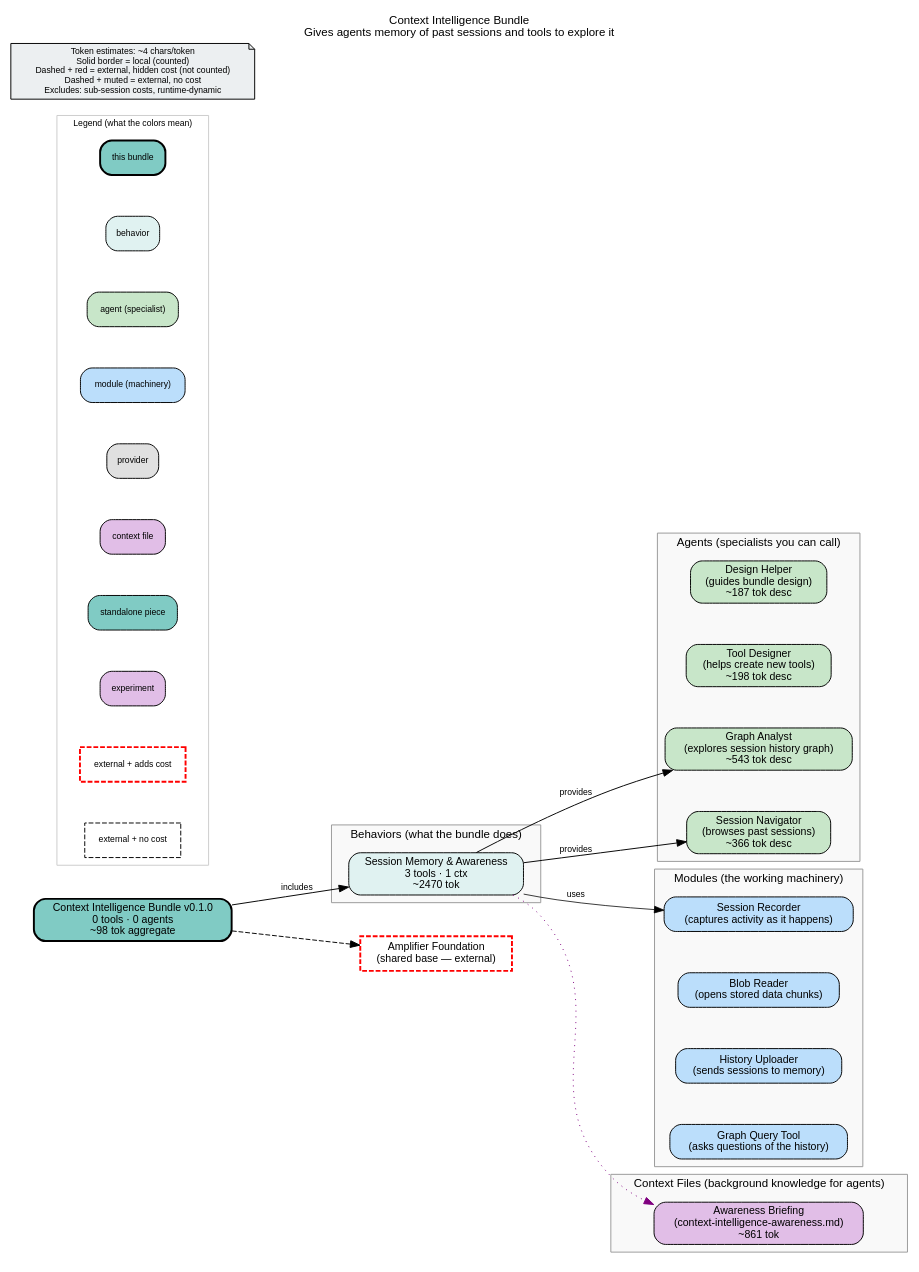
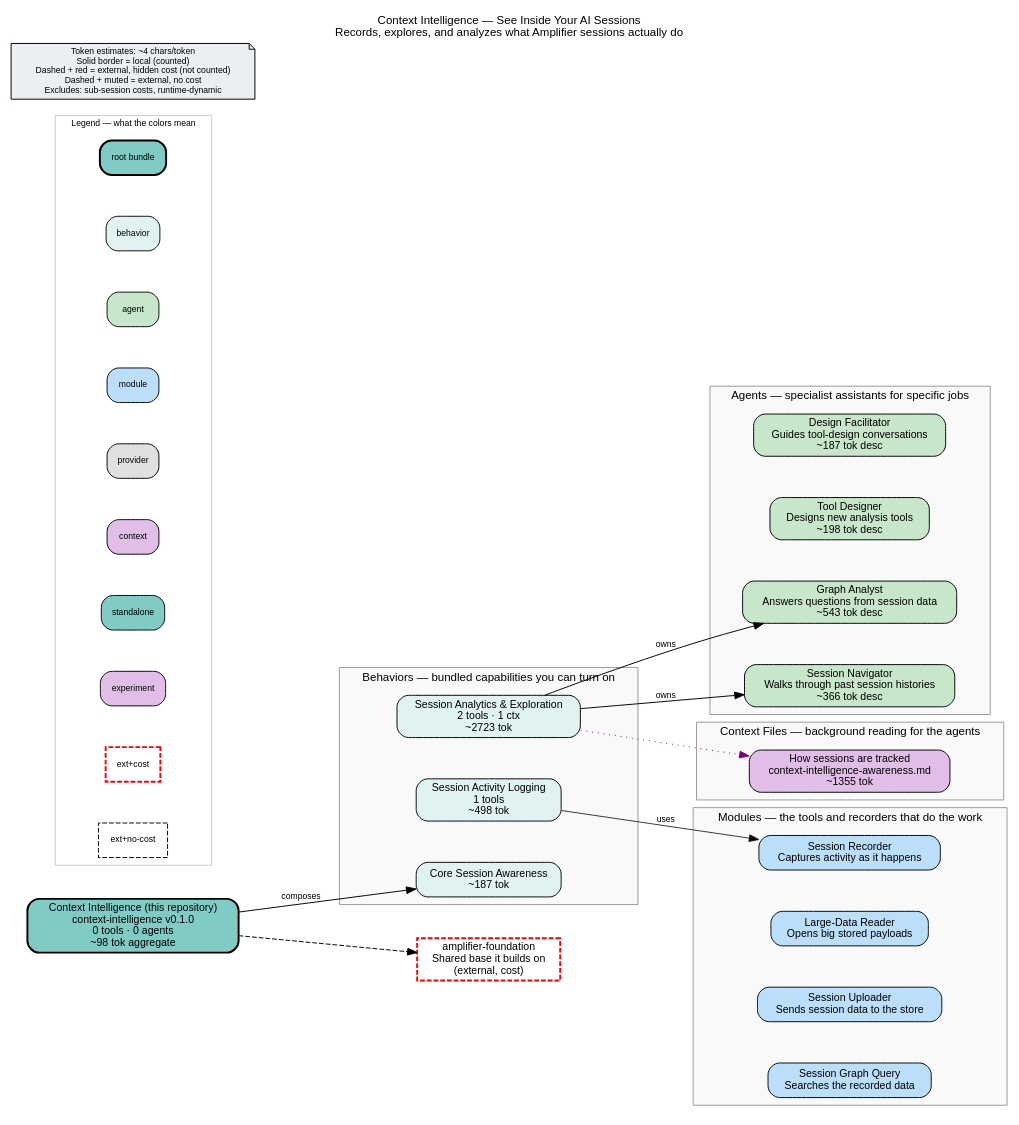
The diagram in bundle.dot (microsoft/amplifier-bundle-context-intelligence), drawn with Graphviz before and after one commit. The commit also changed 1 other file, not shown here.

Commit message:
docs: regenerate bundle.dot/bundle.png for the 3-behavior split
Regenerated using the generate-bundle-docs recipe (bundle_repo_dot() v3).

- source_hash updated: f138ee09... → fbf7b96d634315e64a60f47d45ae240a00240cb8ba4c2e3f26aa5128be1cd551
- Diagram now models the 3-behavior architecture:
  · context-intelligence-behavior (full) — pure compositor: includes analytics + logging
  · context-intelligence-analytics-behavior — graph-analyst + session-navigator agents,
    /context-intelligence mode, tool-delegate + tool-skills (5 skills), context-awareness
  · context-intelligence-logging-behavior — hook-context-intelligence (telemetry only)
- Module wiring reflected correctly:
  · hook-context-intelligence → logging behavior only
  · tool-graph-query + tool-blob-read → analytics behavior (via agents)
  · graph-analyst + session-navigator → analytics behavior
- bundle.png re-rendered (graphviz dot exit 0); LLM-enhanced labels via zen-architect

```diff
--- a/bundle.dot
+++ b/bundle.dot
@@ -1,90 +1,94 @@
-// This repository packages "context-intelligence" — a bundle that gives Amplifier agents memory and awareness of past sessions, with tools to query and explore that history.
+// Context Intelligence — a bundle that records and analyzes what happens inside
+// Amplifier AI sessions, so people can see which tools ran, how agents were used,
+// and what each step cost. Provides graph queries, session navigation, and analytics.
 digraph context_intelligence {
     rankdir=LR
     fontname="Helvetica"
     fontsize=12
-    label="Context Intelligence Bundle\nGives agents memory of past sessions and tools to explore it"
+    label="Context Intelligence — See Inside Your AI Sessions\nRecords, explores, and analyzes what Amplifier sessions actually do"
     labelloc=t
     labeljust=c
     nodesep=0.6
     ranksep=0.7
     bgcolor="white"
-    source_hash="f138ee0941183a758726ef2860fce4f00279ddbce185e75572e772c8005b00fb"
+    source_hash="fbf7b96d634315e64a60f47d45ae240a00240cb8ba4c2e3f26aa5128be1cd551"
 
     node [fontname="Helvetica", fontsize=11, style="filled,rounded"]
     edge [fontname="Helvetica", fontsize=9]
 
-    root_context_intelligence [label="Context Intelligence Bundle v0.1.0\n0 tools · 0 agents\n~98 tok aggregate", shape=box, fillcolor="#80cbc4", style="filled,rounded,bold", penwidth=2]
+    root_context_intelligence [label="Context Intelligence (this repository)\ncontext-intelligence v0.1.0\n0 tools · 0 agents\n~98 tok aggregate", shape=box, fillcolor="#80cbc4", style="filled,rounded,bold", penwidth=2]
 
     subgraph cluster_behaviors {
-        label="Behaviors (what the bundle does)"
+        label="Behaviors — bundled capabilities you can turn on"
         style="filled"
         fillcolor="#f9f9f9"
         color="#999999"
 
-        beh_context_intelligence_behavior [label="Session Memory & Awareness\n3 tools · 1 ctx\n~2470 tok", shape=box, fillcolor="#e0f2f1", style="filled,rounded"]
+        beh_context_intelligence_analytics_behavior [label="Session Analytics & Exploration\n2 tools · 1 ctx\n~2723 tok", shape=box, fillcolor="#e0f2f1", style="filled,rounded"]
+        beh_context_intelligence_logging_behavior [label="Session Activity Logging\n1 tools\n~498 tok", shape=box, fillcolor="#e0f2f1", style="filled,rounded"]
+        beh_context_intelligence_behavior [label="Core Session Awareness\n~187 tok", shape=box, fillcolor="#e0f2f1", style="filled,rounded"]
     }
 
     subgraph cluster_agents {
-        label="Agents (specialists you can call)"
+        label="Agents — specialist assistants for specific jobs"
         style="filled"
         fillcolor="#f9f9f9"
         color="#999999"
 
-        agt_context_intelligence_design_facilitator [label="Design Helper\n(guides bundle design)\n~187 tok desc", shape=box, fillcolor="#c8e6c9", style="filled,rounded"]
-        agt_context_intelligence_tool_designer [label="Tool Designer\n(helps create new tools)\n~198 tok desc", shape=box, fillcolor="#c8e6c9", style="filled,rounded"]
-        agt_graph_analyst [label="Graph Analyst\n(explores session history graph)\n~543 tok desc", shape=box, fillcolor="#c8e6c9", style="filled,rounded"]
-        agt_session_navigator [label="Session Navigator\n(browses past sessions)\n~366 tok desc", shape=box, fillcolor="#c8e6c9", style="filled,rounded"]
+        agt_context_intelligence_design_facilitator [label="Design Facilitator\nGuides tool-design conversations\n~187 tok desc", shape=box, fillcolor="#c8e6c9", style="filled,rounded"]
+        agt_context_intelligence_tool_designer [label="Tool Designer\nDesigns new analysis tools\n~198 tok desc", shape=box, fillcolor="#c8e6c9", style="filled,rounded"]
+        agt_graph_analyst [label="Graph Analyst\nAnswers questions from session data\n~543 tok desc", shape=box, fillcolor="#c8e6c9", style="filled,rounded"]
+        agt_session_navigator [label="Session Navigator\nWalks through past session histories\n~366 tok desc", shape=box, fillcolor="#c8e6c9", style="filled,rounded"]
     }
 
     subgraph cluster_modules {
-        label="Modules (the working machinery)"
+        label="Modules — the tools and recorders that do the work"
         style="filled"
         fillcolor="#f9f9f9"
         color="#999999"
 
-        mod_hook_context_intelligence [label="Session Recorder\n(captures activity as it happens)", shape=box, fillcolor="#bbdefb", style="filled,rounded"]
-        mod_tool_blob_read [label="Blob Reader\n(opens stored data chunks)", shape=box, fillcolor="#bbdefb", style="filled,rounded"]
-        mod_tool_context_intelligence_upload [label="History Uploader\n(sends sessions to memory)", shape=box, fillcolor="#bbdefb", style="filled,rounded"]
-        mod_tool_graph_query [label="Graph Query Tool\n(asks questions of the history)", shape=box, fillcolor="#bbdefb", style="filled,rounded"]
+        mod_hook_context_intelligence [label="Session Recorder\nCaptures activity as it happens", shape=box, fillcolor="#bbdefb", style="filled,rounded"]
+        mod_tool_blob_read [label="Large-Data Reader\nOpens big stored payloads", shape=box, fillcolor="#bbdefb", style="filled,rounded"]
+        mod_tool_context_intelligence_upload [label="Session Uploader\nSends session data to the store", shape=box, fillcolor="#bbdefb", style="filled,rounded"]
+        mod_tool_graph_query [label="Session Graph Query\nSearches the recorded data", shape=box, fillcolor="#bbdefb", style="filled,rounded"]
     }
 
     subgraph cluster_context {
-        label="Context Files (background knowledge for agents)"
+        label="Context Files — background reading for the agents"
         style="filled"
         fillcolor="#f9f9f9"
         color="#999999"
 
-        ctx_context_intelligence_awareness_md [label="Awareness Briefing\n(context-intelligence-awareness.md)\n~861 tok", shape=box, fillcolor="#e1bee7", style="filled,rounded"]
+        ctx_context_intelligence_awareness_md [label="How sessions are tracked\ncontext-intelligence-awareness.md\n~1355 tok", shape=box, fillcolor="#e1bee7", style="filled,rounded"]
     }
 
     subgraph cluster_legend {
-        label="Legend (what the colors mean)"
+        label="Legend — what the colors mean"
         style="filled"
         fillcolor="white"
         color="#cccccc"
         fontsize=9
 
-        leg_root [label="this bundle", shape=box, fillcolor="#80cbc4", style="filled,rounded,bold", fontsize=9]
+        leg_root [label="root bundle", shape=box, fillcolor="#80cbc4", style="filled,rounded,bold", fontsize=9]
         leg_behavior [label="behavior", shape=box, fillcolor="#e0f2f1", style="filled,rounded", fontsize=9]
-        leg_agent [label="agent (specialist)", shape=box, fillcolor="#c8e6c9", style="filled,rounded", fontsize=9]
-        leg_module [label="module (machinery)", shape=box, fillcolor="#bbdefb", style="filled,rounded", fontsize=9]
+        leg_agent [label="agent", shape=box, fillcolor="#c8e6c9", style="filled,rounded", fontsize=9]
+        leg_module [label="module", shape=box, fillcolor="#bbdefb", style="filled,rounded", fontsize=9]
         leg_provider [label="provider", shape=box, fillcolor="#e0e0e0", style="filled,rounded", fontsize=9]
-        leg_context [label="context file", shape=box, fillcolor="#e1bee7", style="filled,rounded", fontsize=9]
-        leg_standalone [label="standalone piece", shape=box, fillcolor="#80cbc4", style="filled,rounded", fontsize=9]
+        leg_context [label="context", shape=box, fillcolor="#e1bee7", style="filled,rounded", fontsize=9]
+        leg_standalone [label="standalone", shape=box, fillcolor="#80cbc4", style="filled,rounded", fontsize=9]
         leg_experiment [label="experiment", shape=box, fillcolor="#e1bee7", style="filled,rounded", fontsize=9]
-        leg_ext_cost [label="external + adds cost", shape=box, fillcolor="#80cbc4", style="dashed", color="red", penwidth=2, fontsize=9]
-        leg_ext_muted [label="external + no cost", shape=box, fillcolor="#f5f5f5", style="dashed", fontsize=9]
+        leg_ext_cost [label="ext+cost", shape=box, fillcolor="#80cbc4", style="dashed", color="red", penwidth=2, fontsize=9]
+        leg_ext_muted [label="ext+no-cost", shape=box, fillcolor="#f5f5f5", style="dashed", fontsize=9]
     }
 
     disclaimer [label="Token estimates: ~4 chars/token\nSolid border = local (counted)\nDashed + red = external, hidden cost (not counted)\nDashed + muted = external, no cost\nExcludes: sub-session costs, runtime-dynamic", shape=note, fillcolor="#eceff1", style="filled", fontsize=9]
 
-    ext_githttps___github_com_microsoft_amplifier_foundation_main [label="Amplifier Foundation\n(shared base — external)", shape=box, fillcolor="#80cbc4", style="dashed", color="red", penwidth=2]
+    ext_githttps___github_com_microsoft_amplifier_foundation_main [label="amplifier-foundation\nShared base it builds on\n(external, cost)", shape=box, fillcolor="#80cbc4", style="dashed", color="red", penwidth=2]
 
     root_context_intelligence -> ext_githttps___github_com_microsoft_amplifier_foundation_main [style=dashed]
-    root_context_intelligence -> beh_context_intelligence_behavior [label="includes"]
-    beh_context_intelligence_behavior -> agt_graph_analyst [label="provides"]
-    beh_context_intelligence_behavior -> agt_session_navigator [label="provides"]
-    beh_context_intelligence_behavior -> mod_hook_context_intelligence [label="uses", penwidth=0.8]
-    beh_context_intelligence_behavior -> ctx_context_intelligence_awareness_md [style=dotted, color=purple]
+    root_context_intelligence -> beh_context_intelligence_behavior [label="composes"]
+    beh_context_intelligence_analytics_behavior -> agt_graph_analyst [label="owns"]
+    beh_context_intelligence_analytics_behavior -> agt_session_navigator [label="owns"]
+    beh_context_intelligence_analytics_behavior -> ctx_context_intelligence_awareness_md [style=dotted, color=purple]
+    beh_context_intelligence_logging_behavior -> mod_hook_context_intelligence [label="uses", penwidth=0.8]
 }
```
